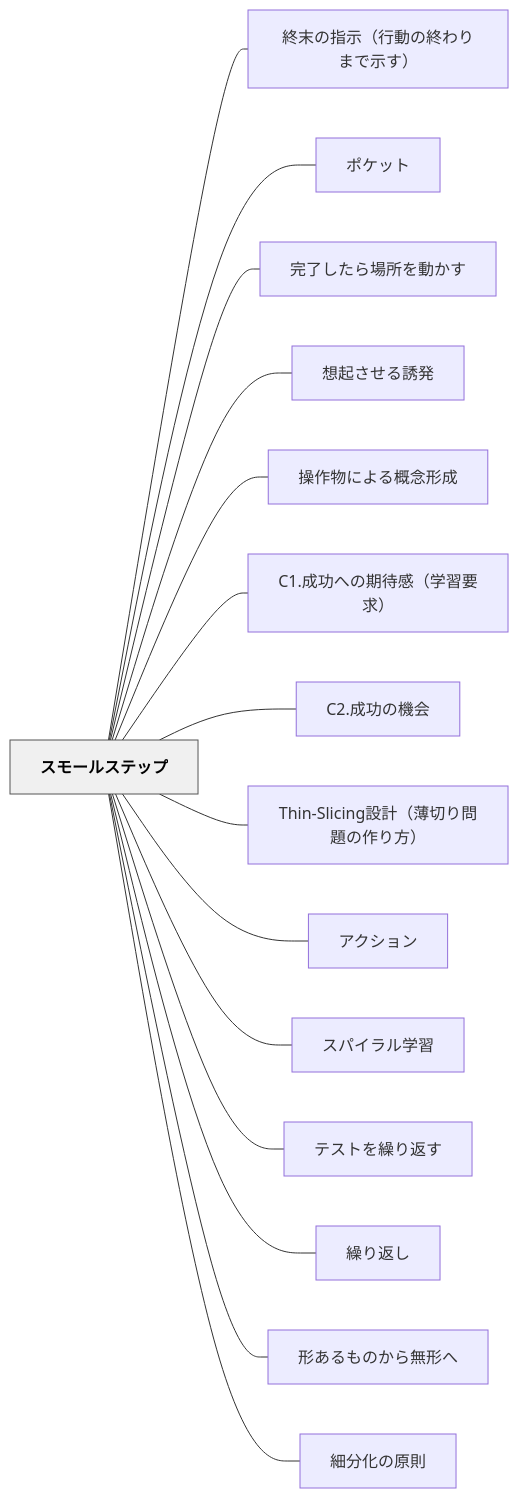
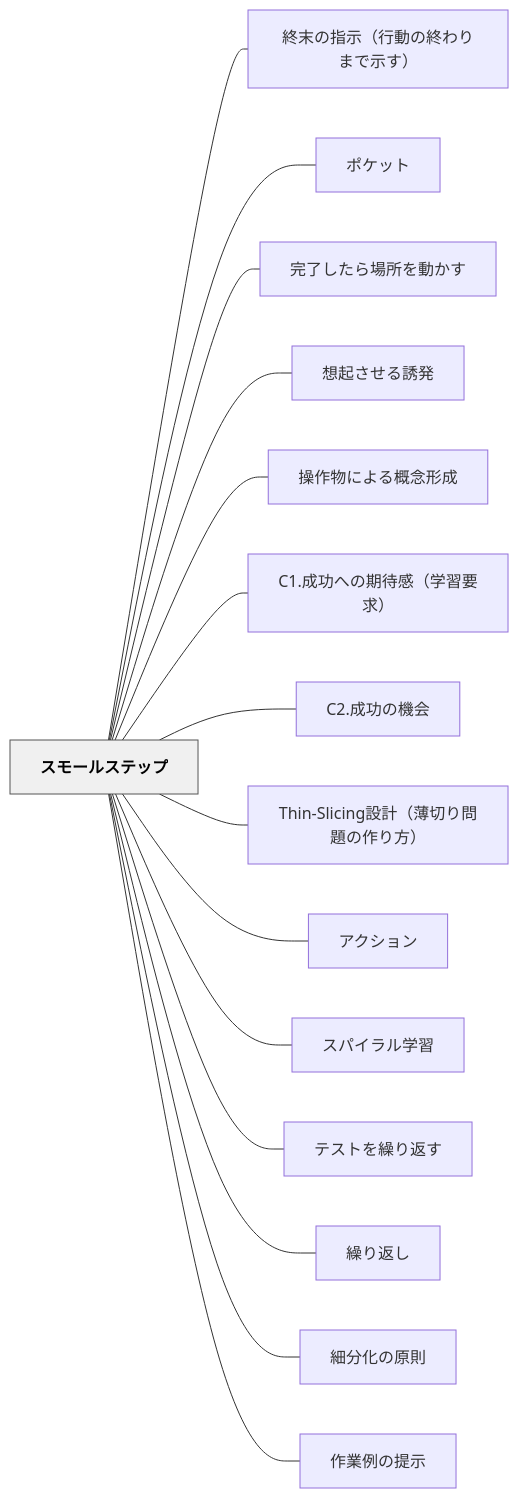
One commit to unknownthings-ed-patterns/unknownthings-ed-patterns changed the diagram in content/パタン/スモールステップ.md. Above: the diagram before and after it, drawn with Mermaid. The commit also changed other lines of this file and 3 other files, not shown here.

````diff
--- a/content/パタン/スモールステップ.md
+++ b/content/パタン/スモールステップ.md
@@ -84,36 +84,36 @@
 ```mermaid
 flowchart LR
     ne382b9e383a2e383bce383abe382b9e38386e38383e38397["スモールステップ"]
     ne7b582e69cabe381aee68c87e7a4baefbc88e8a18ce58b95e381aee7b582e3828fe3828ae381bee381a7e7a4bae38199efbc89["終末の指示（行動の終わりまで示す）"]
     ne3839de382b1e38383e38388["ポケット"]
     ne5ae8ce4ba86e38197e3819fe38289e5a0b4e68980e38292e58b95e3818be38199["完了したら場所を動かす"]
     ne683b3e8b5b7e38195e3819be3828be8aa98e799ba["想起させる誘発"]
     ne6938de4bd9ce789a9e381abe38288e3828be6a682e5bfb5e5bda2e68890["操作物による概念形成"]
     n43312ee68890e58a9fe381b8e381aee69c9fe5be85e6849fefbc88e5ada6e7bf92e8a681e6b182efbc89["C1.成功への期待感（学習要求）"]
     n43322ee68890e58a9fe381aee6a99fe4bc9a["C2.成功の機会"]
     n5468696e2d536c6963696e67e8a8ade8a888efbc88e89684e58887e3828ae5958fe9a18ce381aee4bd9ce3828ae696b9efbc89["Thin-Slicing設計（薄切り問題の作り方）"]
     ne382a2e382afe382b7e383a7e383b3["アクション"]
     ne382b9e38391e382a4e383a9e383abe5ada6e7bf92["スパイラル学習"]
     ne38386e382b9e38388e38292e7b9b0e3828ae8bf94e38199["テストを繰り返す"]
     ne7b9b0e3828ae8bf94e38197["繰り返し"]
-    ne5bda2e38182e3828be38282e381aee3818be38289e784a1e5bda2e381b8["形あるものから無形へ"]
     ne7b4b0e58886e58c96e381aee58e9fe58987["細分化の原則"]
+    ne4bd9ce6a5ade4be8be381aee68f90e7a4ba["作業例の提示"]
 
     ne382b9e383a2e383bce383abe382b9e38386e38383e38397 --- ne7b582e69cabe381aee68c87e7a4baefbc88e8a18ce58b95e381aee7b582e3828fe3828ae381bee381a7e7a4bae38199efbc89
     ne382b9e383a2e383bce383abe382b9e38386e38383e38397 --- ne3839de382b1e38383e38388
     ne382b9e383a2e383bce383abe382b9e38386e38383e38397 --- ne5ae8ce4ba86e38197e3819fe38289e5a0b4e68980e38292e58b95e3818be38199
     ne382b9e383a2e383bce383abe382b9e38386e38383e38397 --- ne683b3e8b5b7e38195e3819be3828be8aa98e799ba
     ne382b9e383a2e383bce383abe382b9e38386e38383e38397 --- ne6938de4bd9ce789a9e381abe38288e3828be6a682e5bfb5e5bda2e68890
     ne382b9e383a2e383bce383abe382b9e38386e38383e38397 --- n43312ee68890e58a9fe381b8e381aee69c9fe5be85e6849fefbc88e5ada6e7bf92e8a681e6b182efbc89
     ne382b9e383a2e383bce383abe382b9e38386e38383e38397 --- n43322ee68890e58a9fe381aee6a99fe4bc9a
     ne382b9e383a2e383bce383abe382b9e38386e38383e38397 --- n5468696e2d536c6963696e67e8a8ade8a888efbc88e89684e58887e3828ae5958fe9a18ce381aee4bd9ce3828ae696b9efbc89
     ne382b9e383a2e383bce383abe382b9e38386e38383e38397 --- ne382a2e382afe382b7e383a7e383b3
     ne382b9e383a2e383bce383abe382b9e38386e38383e38397 --- ne382b9e38391e382a4e383a9e383abe5ada6e7bf92
     ne382b9e383a2e383bce383abe382b9e38386e38383e38397 --- ne38386e382b9e38388e38292e7b9b0e3828ae8bf94e38199
     ne382b9e383a2e383bce383abe382b9e38386e38383e38397 --- ne7b9b0e3828ae8bf94e38197
-    ne382b9e383a2e383bce383abe382b9e38386e38383e38397 --- ne5bda2e38182e3828be38282e381aee3818be38289e784a1e5bda2e381b8
     ne382b9e383a2e383bce383abe382b9e38386e38383e38397 --- ne7b4b0e58886e58c96e381aee58e9fe58987
+    ne382b9e383a2e383bce383abe382b9e38386e38383e38397 --- ne4bd9ce6a5ade4be8be381aee68f90e7a4ba
 
     classDef hub fill:#f0f0f0,stroke:#555,color:#000,font-weight:bold
     class ne382b9e383a2e383bce383abe382b9e38386e38383e38397 hub
 ```
````
